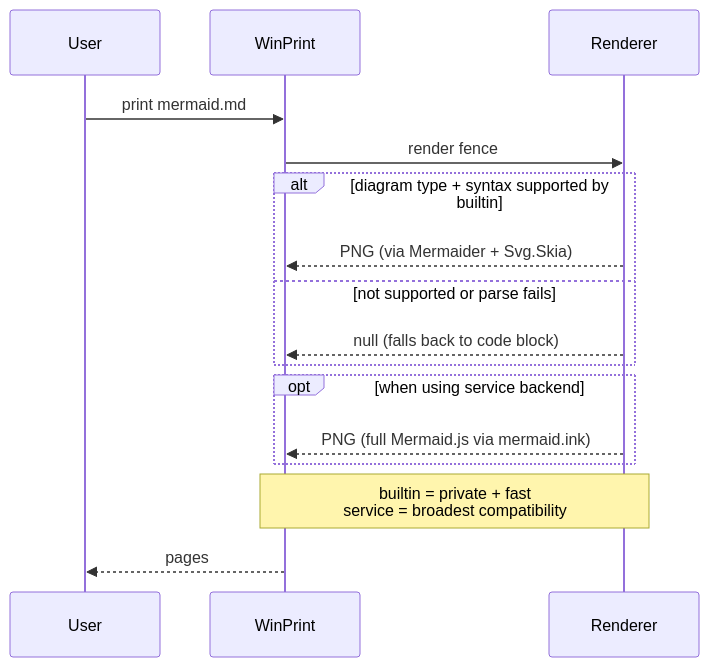
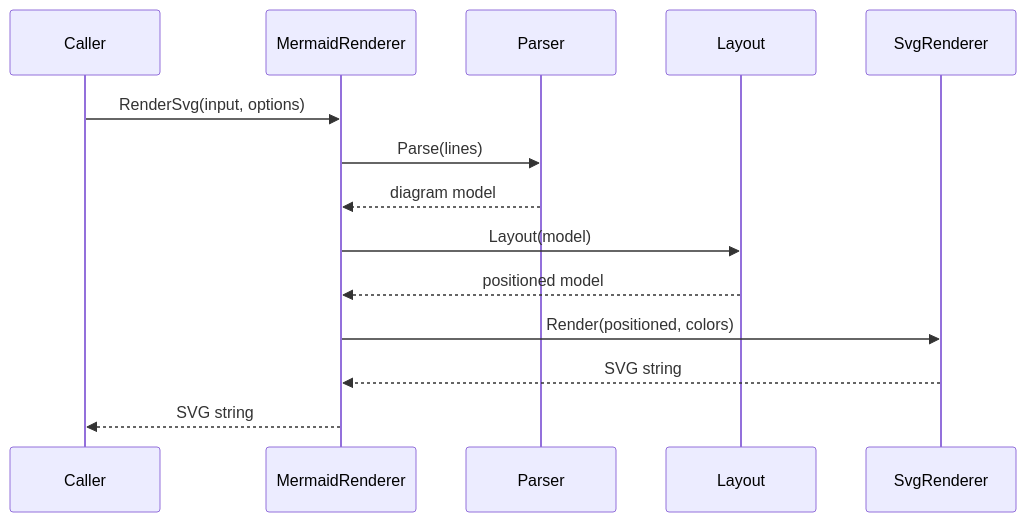
The second of 27 diagrams in tests/Mermaider.Tests/Fixtures/mermaid.md (nullean/mermaider), drawn with Mermaid before and after one commit. The commit also changed other lines of this file, not shown here.

Commit message:
Rewrite mermaid.md fixture to be Mermaider-focused, remove WinPrint references

````diff
--- a/tests/Mermaider.Tests/Fixtures/mermaid.md
+++ b/tests/Mermaider.Tests/Fixtures/mermaid.md
@@ -52,18 +23,16 @@
 ```mermaid
 sequenceDiagram
-    participant U as User
-    participant W as WinPrint
-    participant R as Renderer
-    U->>W: print mermaid.md
-    W->>R: render fence
-    alt diagram type + syntax supported by builtin
-        R-->>W: PNG (via Mermaider + Svg.Skia)
-    else not supported or parse fails
-        R-->>W: null (falls back to code block)
-    end
-    opt when using service backend
-        R-->>W: PNG (full Mermaid.js via mermaid.ink)
-    end
-    Note over W,R: builtin = private + fast<br/>service = broadest compatibility
-    W-->>U: pages
+    participant C as Caller
+    participant M as MermaidRenderer
+    participant P as Parser
+    participant L as Layout
+    participant R as SvgRenderer
+    C->>M: RenderSvg(input, options)
+    M->>P: Parse(lines)
+    P-->>M: diagram model
+    M->>L: Layout(model)
+    L-->>M: positioned model
+    M->>R: Render(positioned, colors)
+    R-->>M: SVG string
+    M-->>C: SVG string
 ```
````
